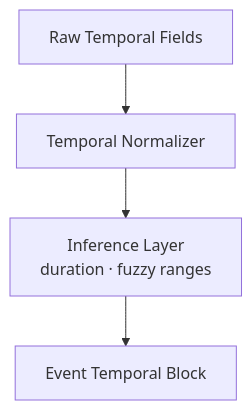
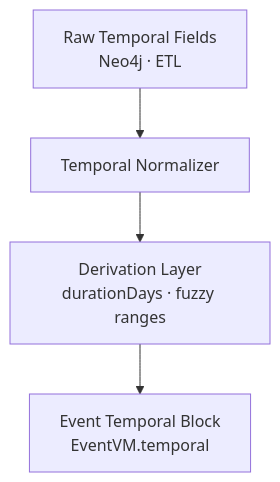
Before and after one commit to bartytime4life/Kansas-Frontier-Matrix: the second of 5 diagrams in web/src/entities/events/README.md, drawn with Mermaid. The commit also changed other lines of this file, not shown here.

````diff
--- a/web/src/entities/events/README.md
+++ b/web/src/entities/events/README.md
@@ -135,6 +227,6 @@
-```mermaid
+~~~mermaid
 flowchart TD
-    TRaw[Raw Temporal Fields] --> TNorm[Temporal Normalizer]
-    TNorm --> TInfer[Inference Layer<br/>duration · fuzzy ranges]
-    TInfer --> TEVM[Event Temporal Block]
-```
+    TRaw[Raw Temporal Fields<br/>Neo4j · ETL] --> TNorm[Temporal Normalizer]
+    TNorm --> TInfer[Derivation Layer<br/>durationDays · fuzzy ranges]
+    TInfer --> TEVM[Event Temporal Block<br/>EventVM.temporal]
+~~~
````
